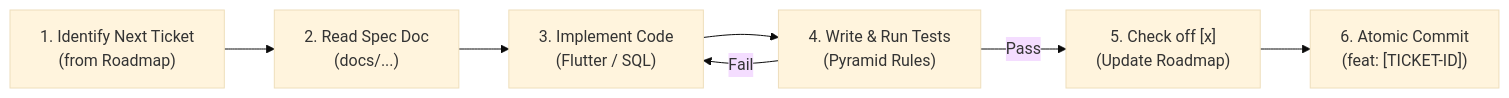
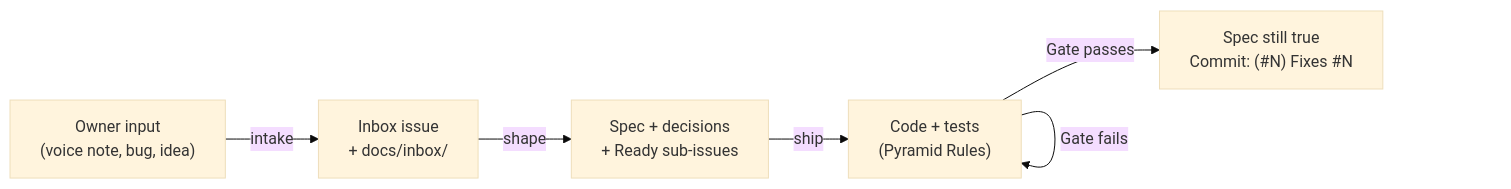
The diagram in AGENTS.md (kandraos3/Telly), drawn with Mermaid (base theme) before and after one commit. The commit also changed other lines of this file and 33 other files, not shown here.

First line of the commit message:
chore(process): replace the sprint roadmap with issue-based tracking (#40)

````diff
--- a/AGENTS.md
+++ b/AGENTS.md
@@ -89,9 +93,8 @@
 ```mermaid
 flowchart LR
-    A["1. Identify Next Ticket<br>(from Roadmap)"] --> B["2. Read Spec Doc<br>(docs/...)"]
-    B --> C["3. Implement Code<br>(Flutter / SQL)"]
-    C --> D["4. Write & Run Tests<br>(Pyramid Rules)"]
-    D -->|Fail| C
-    D -->|Pass| E["5. Check off [x]<br>(Update Roadmap)"]
-    E --> F["6. Atomic Commit<br>(feat: [TICKET-ID])"]
+    A["Owner input<br>(voice note, bug, idea)"] -->|intake| B["Inbox issue<br>+ docs/inbox/"]
+    B -->|shape| C["Spec + decisions<br>+ Ready sub-issues"]
+    C -->|ship| D["Code + tests<br>(Pyramid Rules)"]
+    D -->|Gate fails| D
+    D -->|Gate passes| E["Spec still true<br>Commit: (#N) Fixes #N"]
 ```
````
